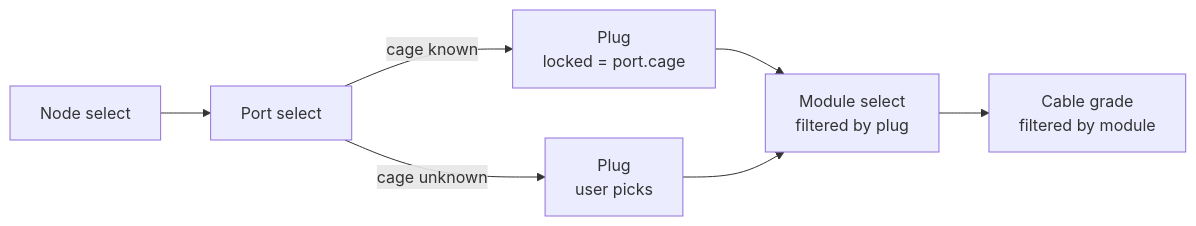
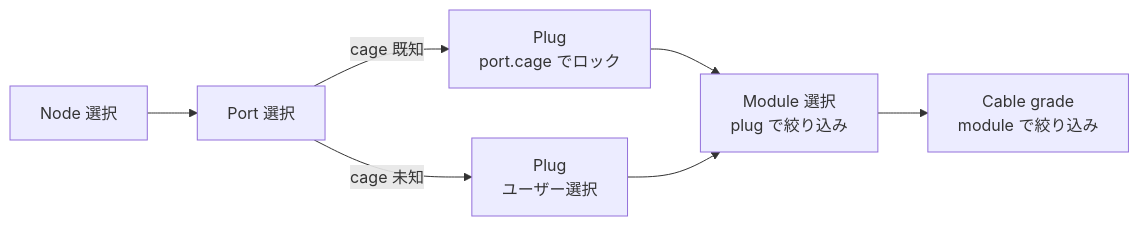
The third of 3 diagrams in docs/connection-model.md (konoe-akitoshi/shumoku), drawn with Mermaid before and after one commit. The commit also changed other lines of this file, not shown here.

````diff
--- a/docs/connection-model.md
+++ b/docs/connection-model.md
@@ -114,9 +99,9 @@
 ```mermaid
 flowchart LR
-  N[Node select] --> P[Port select]
-  P -- cage known --> PL[Plug<br/>locked = port.cage]
-  P -- cage unknown --> PU[Plug<br/>user picks]
-  PL --> M[Module select<br/>filtered by plug]
+  N[Node 選択] --> P[Port 選択]
+  P -- cage 既知 --> PL[Plug<br/>port.cage でロック]
+  P -- cage 未知 --> PU[Plug<br/>ユーザー選択]
+  PL --> M[Module 選択<br/>plug で絞り込み]
   PU --> M
-  M --> CG[Cable grade<br/>filtered by module]
+  M --> CG[Cable grade<br/>module で絞り込み]
 ```
````
